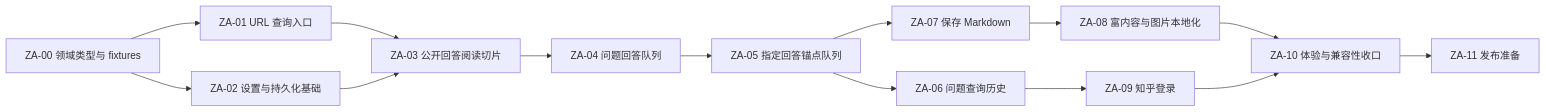
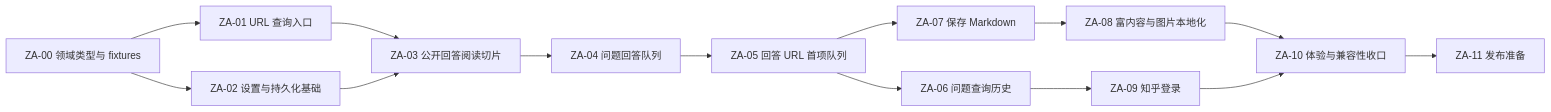
One commit to iamzay/obsidian-zhihu-reader changed the diagram in docs/IMPLEMENTATION-PLAN.md. Above: the diagram before and after it, drawn with Mermaid. The commit also changed other lines of this file and 31 other files, not shown here.

````diff
--- a/docs/IMPLEMENTATION-PLAN.md
+++ b/docs/IMPLEMENTATION-PLAN.md
@@ -36,16 +36,16 @@
 ```mermaid
 flowchart LR
     T00["ZA-00 领域类型与 fixtures"] --> T01["ZA-01 URL 查询入口"]
     T00 --> T02["ZA-02 设置与持久化基础"]
     T01 --> T03["ZA-03 公开回答阅读切片"]
     T02 --> T03
     T03 --> T04["ZA-04 问题回答队列"]
-    T04 --> T05["ZA-05 指定回答锚点队列"]
+    T04 --> T05["ZA-05 回答 URL 首项队列"]
     T05 --> T06["ZA-06 问题查询历史"]
     T05 --> T07["ZA-07 保存 Markdown"]
     T07 --> T08["ZA-08 富内容与图片本地化"]
     T06 --> T09["ZA-09 知乎登录"]
     T08 --> T10["ZA-10 体验与兼容性收口"]
     T09 --> T10
     T10 --> T11["ZA-11 发布准备"]
 ```
````
